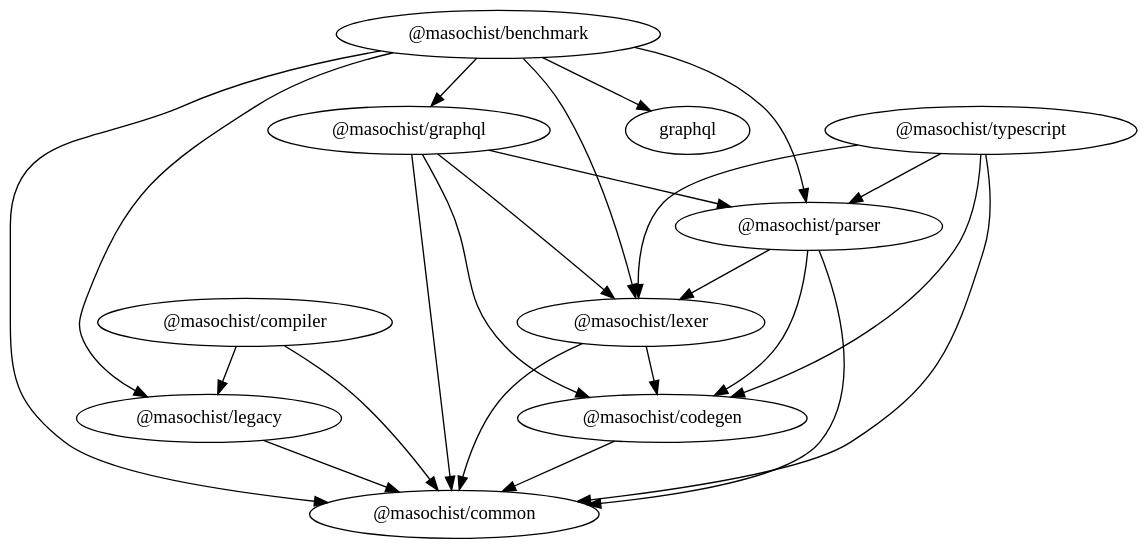
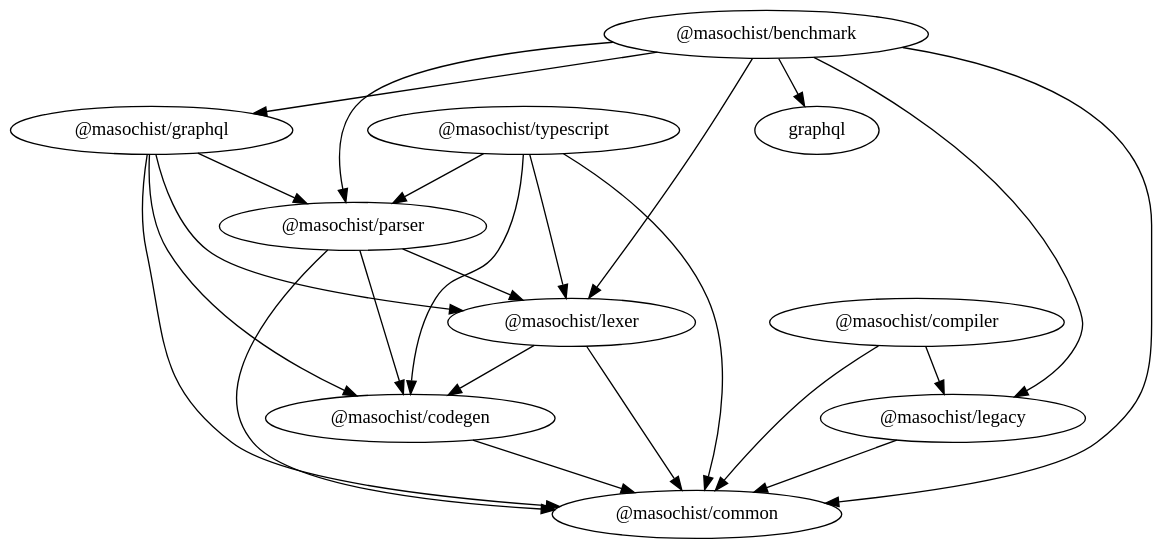
One commit to wincent/masochist changed the diagram in docs/packages-light.dot. Above: the diagram before and after it, drawn with Graphviz. The commit also changed 7 other files, not shown here.

```diff
--- a/docs/packages-light.dot
+++ b/docs/packages-light.dot
@@ -1,42 +1,42 @@
 // vim: set nomodifiable : DO NOT EDIT
 //
-// Edit "support/dotifyDependencyGraph.mjs" and run "make docs" instead.
+// Edit "support/dotifyDependencyGraph.ts" and run "make docs" instead.
 //
 // @generated
 
 digraph dependency_graph {
   bgcolor = "transparent";
 
   node[color = "black", fontcolor = "black"]; "@masochist/benchmark"
+  node[color = "black", fontcolor = "black"]; "@masochist/lexer"
+  node[color = "black", fontcolor = "black"]; "@masochist/typescript"
+  node[color = "black", fontcolor = "black"]; "@masochist/legacy"
+  node[color = "black", fontcolor = "black"]; "@masochist/parser"
   node[color = "black", fontcolor = "black"]; "@masochist/codegen"
+  node[color = "black", fontcolor = "black"]; "@masochist/graphql"
   node[color = "black", fontcolor = "black"]; "@masochist/compiler"
-  node[color = "black", fontcolor = "black"]; "@masochist/graphql"
-  node[color = "black", fontcolor = "black"]; "@masochist/legacy"
-  node[color = "black", fontcolor = "black"]; "@masochist/lexer"
-  node[color = "black", fontcolor = "black"]; "@masochist/parser"
-  node[color = "black", fontcolor = "black"]; "@masochist/typescript"
 
   "@masochist/benchmark" -> "@masochist/common" [color = "black", fontcolor = "black"];
   "@masochist/benchmark" -> "@masochist/graphql" [color = "black", fontcolor = "black"];
   "@masochist/benchmark" -> "@masochist/legacy" [color = "black", fontcolor = "black"];
   "@masochist/benchmark" -> "@masochist/lexer" [color = "black", fontcolor = "black"];
   "@masochist/benchmark" -> "@masochist/parser" [color = "black", fontcolor = "black"];
   "@masochist/benchmark" -> "graphql" [color = "black", fontcolor = "black"];
+  "@masochist/lexer" -> "@masochist/codegen" [color = "black", fontcolor = "black"];
+  "@masochist/lexer" -> "@masochist/common" [color = "black", fontcolor = "black"];
+  "@masochist/typescript" -> "@masochist/codegen" [color = "black", fontcolor = "black"];
+  "@masochist/typescript" -> "@masochist/common" [color = "black", fontcolor = "black"];
+  "@masochist/typescript" -> "@masochist/lexer" [color = "black", fontcolor = "black"];
+  "@masochist/typescript" -> "@masochist/parser" [color = "black", fontcolor = "black"];
+  "@masochist/legacy" -> "@masochist/common" [color = "black", fontcolor = "black"];
+  "@masochist/parser" -> "@masochist/codegen" [color = "black", fontcolor = "black"];
+  "@masochist/parser" -> "@masochist/common" [color = "black", fontcolor = "black"];
+  "@masochist/parser" -> "@masochist/lexer" [color = "black", fontcolor = "black"];
   "@masochist/codegen" -> "@masochist/common" [color = "black", fontcolor = "black"];
-  "@masochist/compiler" -> "@masochist/common" [color = "black", fontcolor = "black"];
-  "@masochist/compiler" -> "@masochist/legacy" [color = "black", fontcolor = "black"];
   "@masochist/graphql" -> "@masochist/codegen" [color = "black", fontcolor = "black"];
   "@masochist/graphql" -> "@masochist/common" [color = "black", fontcolor = "black"];
   "@masochist/graphql" -> "@masochist/lexer" [color = "black", fontcolor = "black"];
   "@masochist/graphql" -> "@masochist/parser" [color = "black", fontcolor = "black"];
-  "@masochist/legacy" -> "@masochist/common" [color = "black", fontcolor = "black"];
-  "@masochist/lexer" -> "@masochist/codegen" [color = "black", fontcolor = "black"];
-  "@masochist/lexer" -> "@masochist/common" [color = "black", fontcolor = "black"];
-  "@masochist/parser" -> "@masochist/codegen" [color = "black", fontcolor = "black"];
-  "@masochist/parser" -> "@masochist/common" [color = "black", fontcolor = "black"];
-  "@masochist/parser" -> "@masochist/lexer" [color = "black", fontcolor = "black"];
-  "@masochist/typescript" -> "@masochist/codegen" [color = "black", fontcolor = "black"];
-  "@masochist/typescript" -> "@masochist/common" [color = "black", fontcolor = "black"];
-  "@masochist/typescript" -> "@masochist/lexer" [color = "black", fontcolor = "black"];
-  "@masochist/typescript" -> "@masochist/parser" [color = "black", fontcolor = "black"];
+  "@masochist/compiler" -> "@masochist/common" [color = "black", fontcolor = "black"];
+  "@masochist/compiler" -> "@masochist/legacy" [color = "black", fontcolor = "black"];
 }
```
